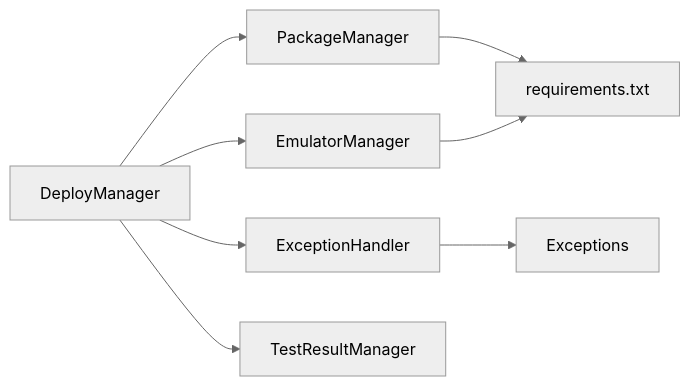
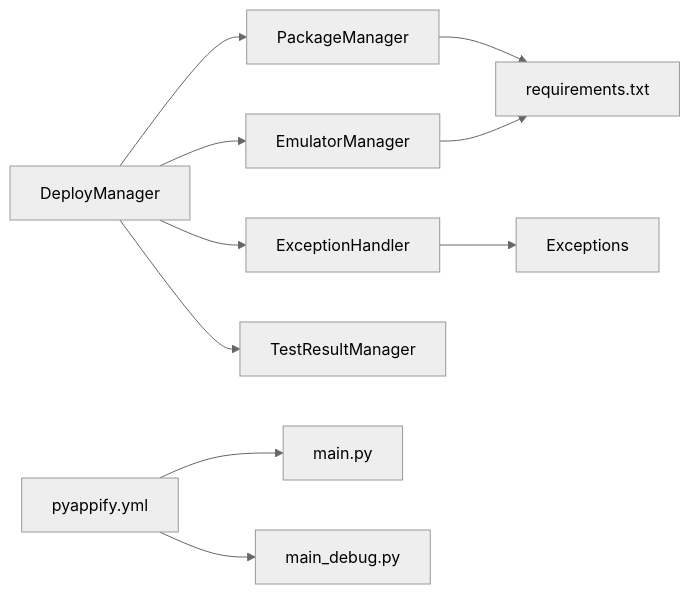
One commit to xsy098-max/ok-jump changed the ninth of 9 diagrams in .qoder/repowiki/zh/content/CI_CD 集成/部署管理.md. Above: the diagram before and after it, drawn with Mermaid (neutral theme). The commit also changed other lines of this file and 21 other files, not shown here.

````diff
--- a/.qoder/repowiki/zh/content/CI_CD 集成/部署管理.md
+++ b/.qoder/repowiki/zh/content/CI_CD 集成/部署管理.md
@@ -387,10 +443,12 @@
 ```mermaid
 graph LR
 DM["DeployManager"] --> PM["PackageManager"]
 DM --> EM["EmulatorManager"]
 DM --> EH["ExceptionHandler"]
 DM --> TRM["TestResultManager"]
 PM --> REQ["requirements.txt"]
 EM --> REQ
 EH --> EX["Exceptions"]
+PA["pyappify.yml"] --> MP["main.py"]
+PA --> MD["main_debug.py"]
 ```
````
